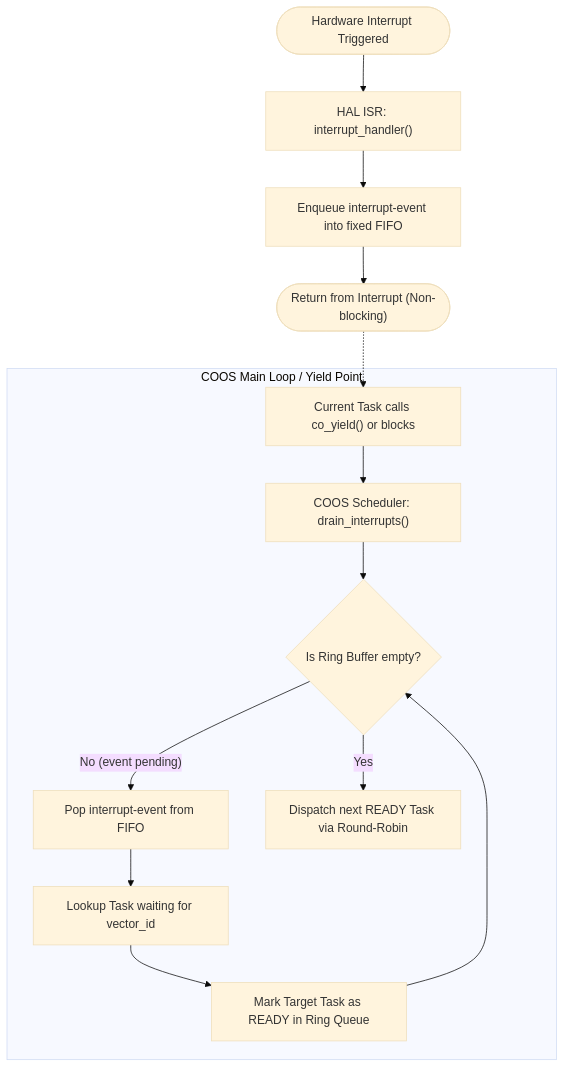
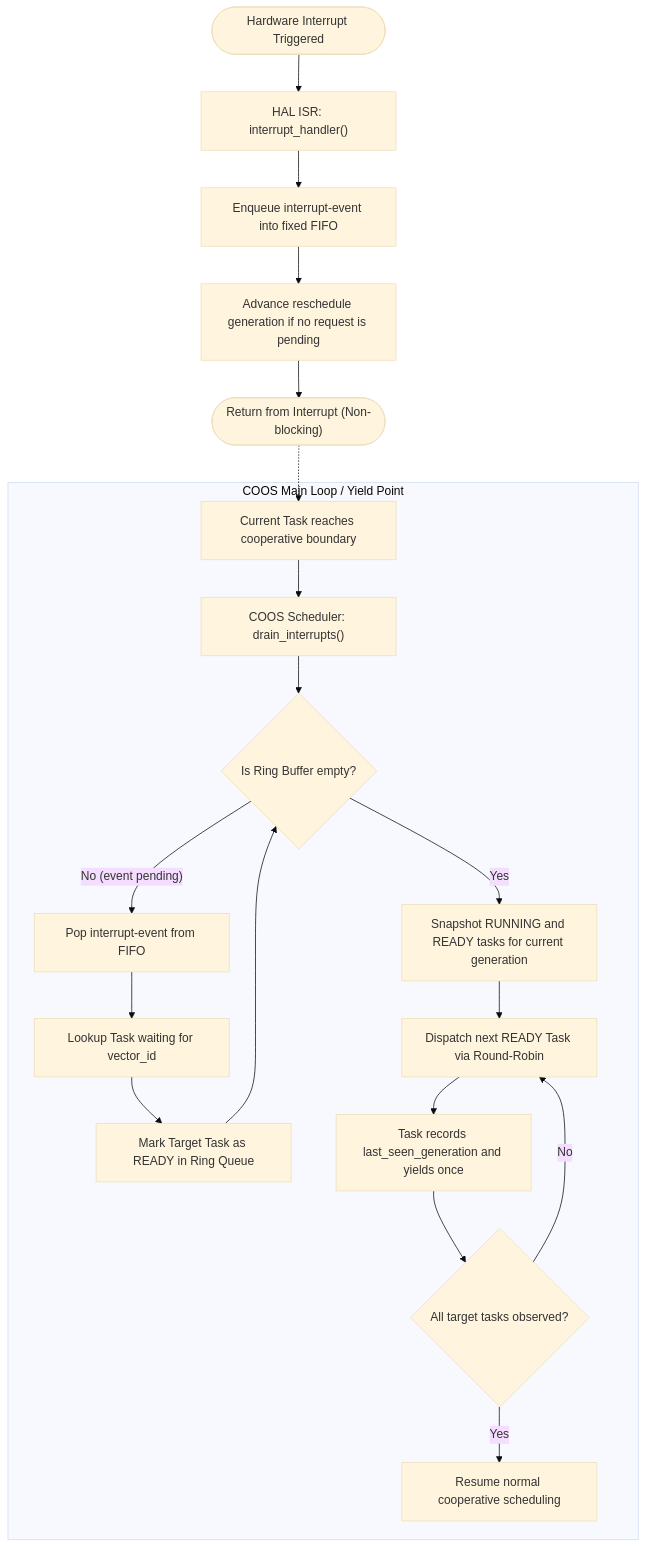
Before and after one commit to kmt-t/fireball: the third of 5 diagrams in docs/components/tier1_core/os_coos.md, drawn with Mermaid (base theme). The commit also changed other lines of this file and 7 other files, not shown here.

Commit message:
Document interrupt reschedule generation across COOS

````diff
--- a/docs/components/tier1_core/os_coos.md
+++ b/docs/components/tier1_core/os_coos.md
@@ -130,17 +130,23 @@
 ```mermaid
 flowchart TD
     Start(["Hardware Interrupt Triggered"]) --> ISR["HAL ISR: interrupt_handler()"]
     ISR --> Post["Enqueue interrupt-event into fixed FIFO"]
-    Post --> RetISR(["Return from Interrupt (Non-blocking)"])
+    Post --> Gen["Advance reschedule generation if no request is pending"]
+    Gen --> RetISR(["Return from Interrupt (Non-blocking)"])
 
     subgraph COOS Main Loop / Yield Point
-        YieldPoint["Current Task calls co_yield() or blocks"] --> Drain["COOS Scheduler: drain_interrupts()"]
+        YieldPoint["Current Task reaches cooperative boundary"] --> Drain["COOS Scheduler: drain_interrupts()"]
         Drain --> CheckRing{"Is Ring Buffer empty?"}
         CheckRing -- "No (event pending)" --> Pop["Pop interrupt-event from FIFO"]
         Pop --> Lookup["Lookup Task waiting for vector_id"]
         Lookup --> Wake["Mark Target Task as READY in Ring Queue"]
         Wake --> CheckRing
-        CheckRing -- "Yes" --> SchedNext["Dispatch next READY Task via Round-Robin"]
+        CheckRing -- "Yes" --> Snapshot["Snapshot RUNNING and READY tasks for current generation"]
+        Snapshot --> SchedNext["Dispatch next READY Task via Round-Robin"]
+        SchedNext --> Observe["Task records last_seen_generation and yields once"]
+        Observe --> RoundDone{"All target tasks observed?"}
+        RoundDone -- "No" --> SchedNext
+        RoundDone -- "Yes" --> Normal["Resume normal cooperative scheduling"]
     end
     RetISR -.-> YieldPoint
 ```
````
